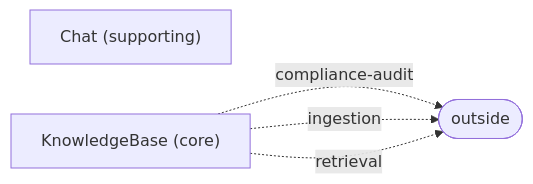
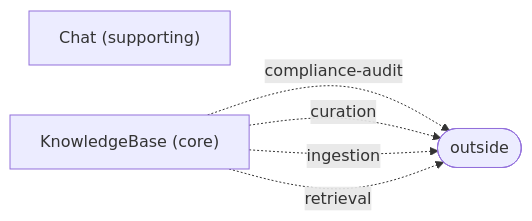
Before and after one commit to zig999/remember: the diagram in specification/projections/context-map.mmd, drawn with Mermaid. The commit also changed 100 other files, not shown here.

```diff
--- a/specification/projections/context-map.mmd
+++ b/specification/projections/context-map.mmd
@@ -1,8 +1,9 @@
 flowchart LR
     chat["Chat (supporting)"]
     knowledge_base["KnowledgeBase (core)"]
     outside(["outside"])
     knowledge_base -.->|compliance-audit| outside
+    knowledge_base -.->|curation| outside
     knowledge_base -.->|ingestion| outside
     knowledge_base -.->|retrieval| outside
     %% separate ways: chat and knowledge-base share no contract and no model
```
